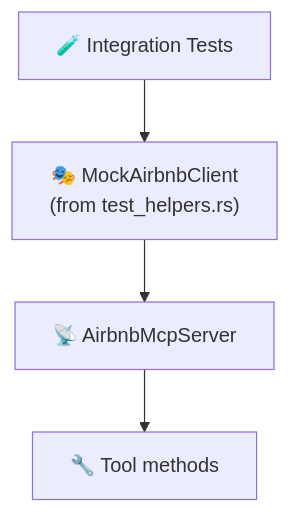
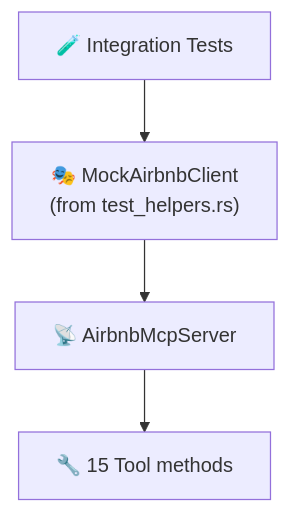
The diagram in tests/README.md (muchiny/mcp-airbnb), drawn with Mermaid before and after one commit. The commit also changed other lines of this file and 43 other files, not shown here.

````diff
--- a/tests/README.md
+++ b/tests/README.md
@@ -15,7 +15,7 @@
 ```mermaid
 flowchart TD
     Tests["🧪 Integration Tests"]
     Tests --> MockClient["🎭 MockAirbnbClient<br/>(from test_helpers.rs)"]
     MockClient --> Server["📡 AirbnbMcpServer"]
-    Server --> Tools["🔧 Tool methods"]
+    Server --> Tools["🔧 15 Tool methods"]
 ```
````
